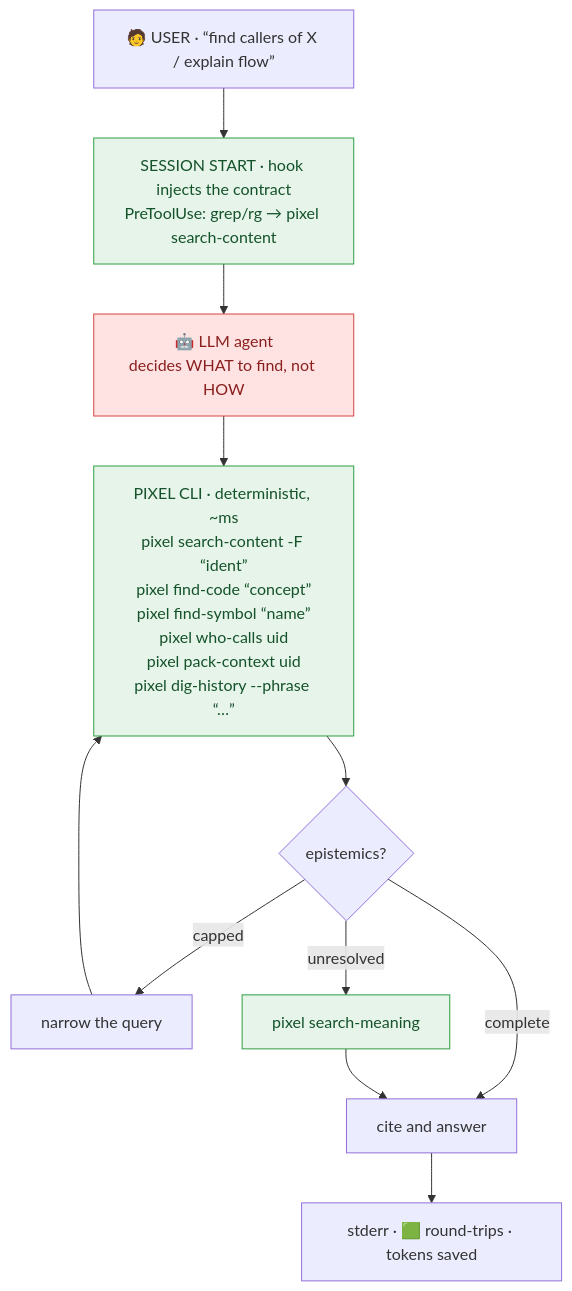
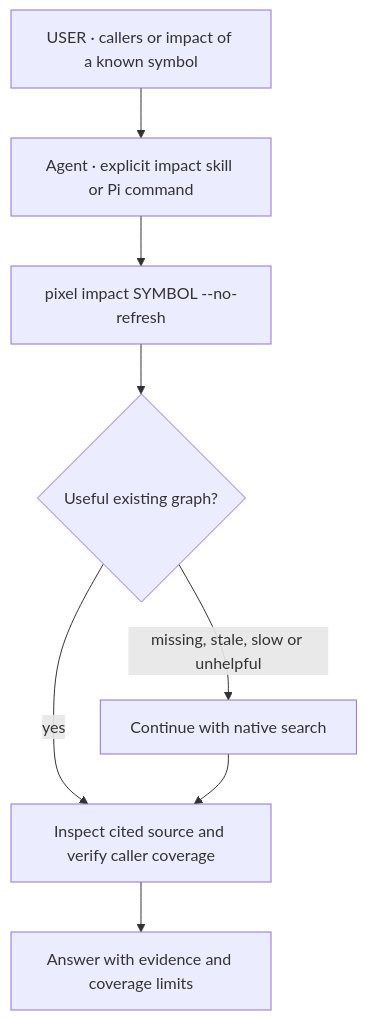
One commit to Pixel-CLI/pixel changed the first of 2 diagrams in README.md. Above: the diagram before and after it, drawn with Mermaid. The commit also changed other lines of this file and 72 other files, not shown here.

Commit message:
feat(install): keep retrieval native and expose explicit impact capabilities

````diff
--- a/README.md
+++ b/README.md
@@ -127,16 +127,10 @@
 ```mermaid
 flowchart TD
-    U["🧑 USER · “find callers of X / explain flow”"] --> S["SESSION START · hook injects the contract<br/>PreToolUse: grep/rg → pixel search-content"]
-    S --> L["🤖 LLM agent<br/>decides WHAT to find, not HOW"]
-    L --> P["PIXEL CLI · deterministic, ~ms<br/>pixel search-content -F “ident”<br/>pixel find-code “concept”<br/>pixel find-symbol “name”<br/>pixel who-calls uid<br/>pixel pack-context uid<br/>pixel dig-history --phrase “…”"]
-    P --> E{"epistemics?"}
-    E -->|complete| A["cite and answer"]
-    E -->|capped| N["narrow the query"] --> P
-    E -->|unresolved| M["pixel search-meaning"]
-    M --> A
-    A --> F["stderr · 🟩 round-trips · tokens saved"]
-    classDef llm fill:#ffe3e3,stroke:#d64545,color:#8a1f1f
-    classDef det fill:#e6f4ea,stroke:#2ea043,color:#14522a
-    class L llm
-    class S,P,M det
+    U["USER · callers or impact of a known symbol"] --> L["Agent · explicit impact skill or Pi command"]
+    L --> P["pixel impact SYMBOL --no-refresh"]
+    P --> E{"Useful existing graph?"}
+    E -->|yes| A["Inspect cited source and verify caller coverage"]
+    E -->|missing, stale, slow or unhelpful| N["Continue with native search"]
+    N --> A
+    A --> F["Answer with evidence and coverage limits"]
 ```
````
